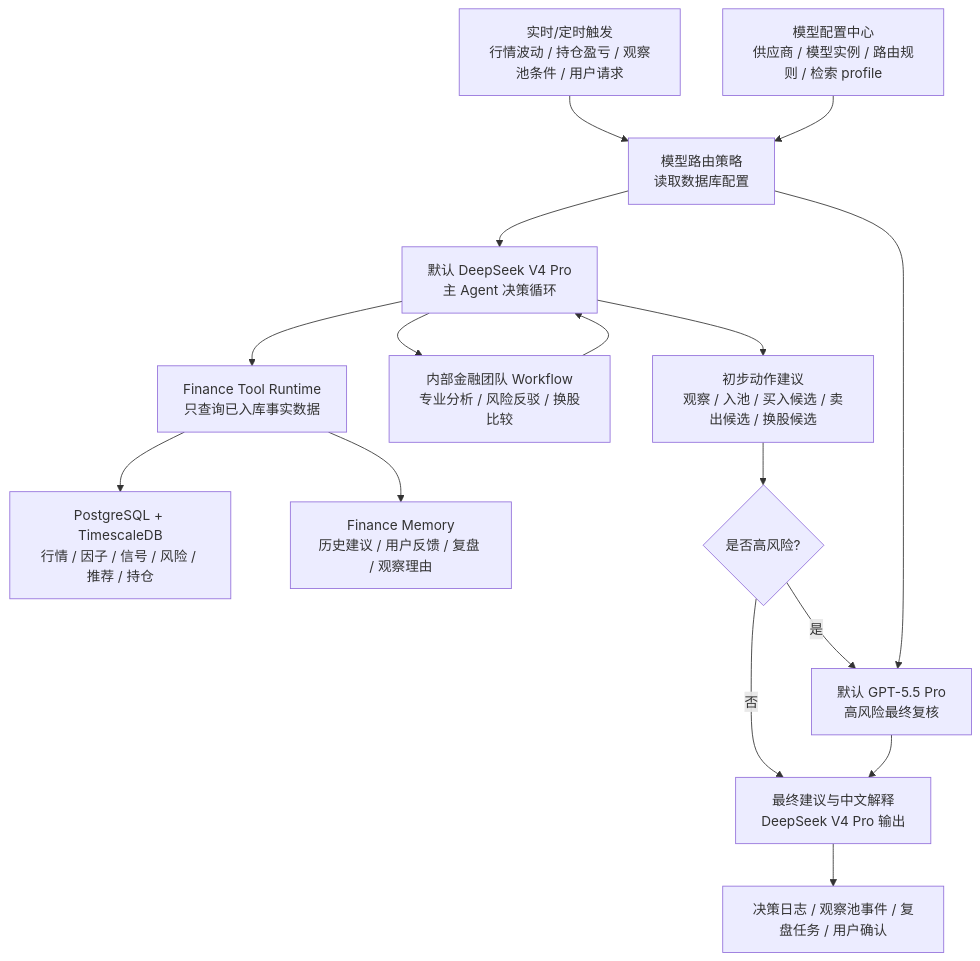
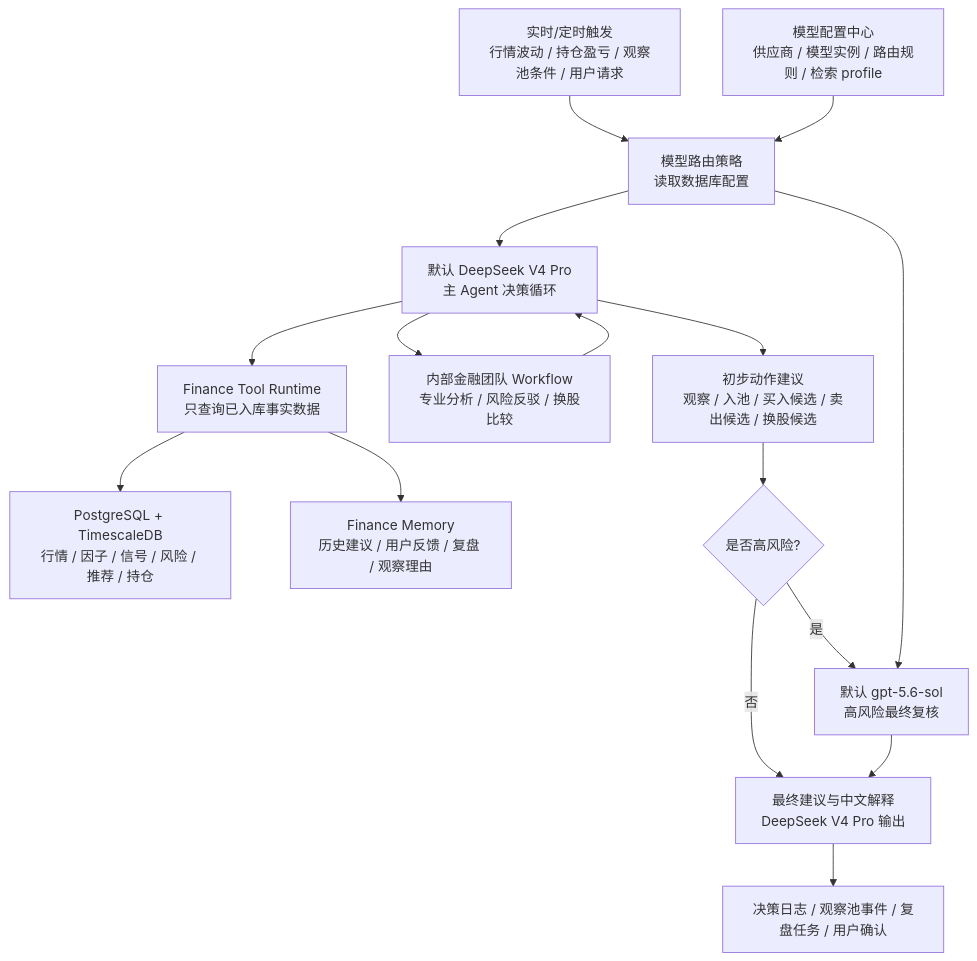
Before and after one commit to 312308542/finance-agent: the diagram in docs/模型选型与职责分配.md, drawn with Mermaid. The commit also changed other lines of this file and 7 other files, not shown here.

````diff
--- a/docs/模型选型与职责分配.md
+++ b/docs/模型选型与职责分配.md
@@ -40,18 +40,18 @@
 ```mermaid
 flowchart TD
     Trigger["实时/定时触发\n行情波动 / 持仓盈亏 / 观察池条件 / 用户请求"] --> Router["模型路由策略\n读取数据库配置"]
     Config["模型配置中心\n供应商 / 模型实例 / 路由规则 / 检索 profile"] --> Router
     Router --> Loop["默认 DeepSeek V4 Pro\n主 Agent 决策循环"]
     Loop --> Tools["Finance Tool Runtime\n只查询已入库事实数据"]
     Tools --> Facts["PostgreSQL + TimescaleDB\n行情 / 因子 / 信号 / 风险 / 推荐 / 持仓"]
     Tools --> Memory["Finance Memory\n历史建议 / 用户反馈 / 复盘 / 观察理由"]
     Loop --> Workflow["内部金融团队 Workflow\n专业分析 / 风险反驳 / 换股比较"]
     Workflow --> Loop
     Loop --> Draft["初步动作建议\n观察 / 入池 / 买入候选 / 卖出候选 / 换股候选"]
     Draft --> Gate{"是否高风险?"}
     Gate -->|否| Final["最终建议与中文解释\nDeepSeek V4 Pro 输出"]
-    Gate -->|是| Review["默认 GPT-5.5 Pro\n高风险最终复核"]
+    Gate -->|是| Review["默认 gpt-5.6-sol\n高风险最终复核"]
     Router --> Review
     Review --> Final
     Final --> Audit["决策日志 / 观察池事件 / 复盘任务 / 用户确认"]
 ```
````
